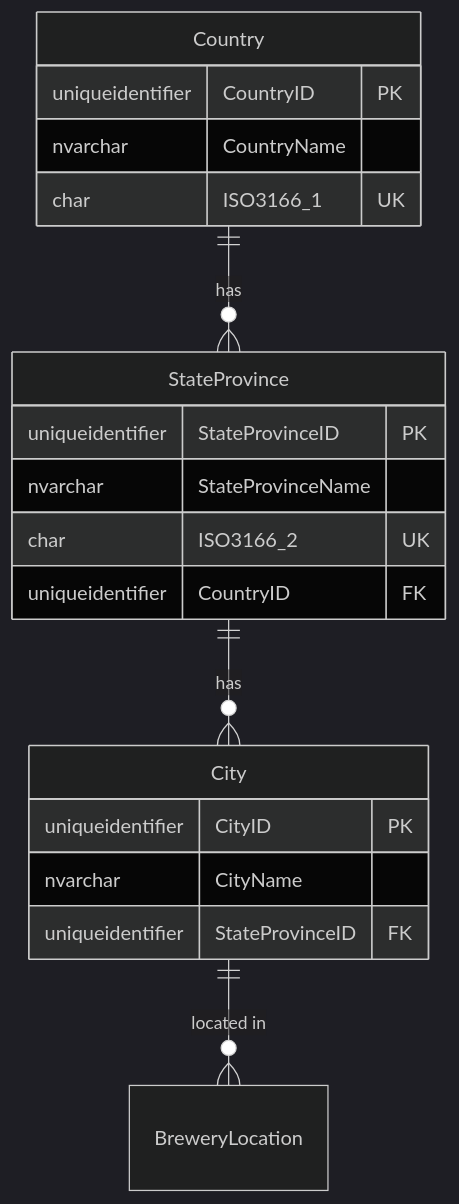
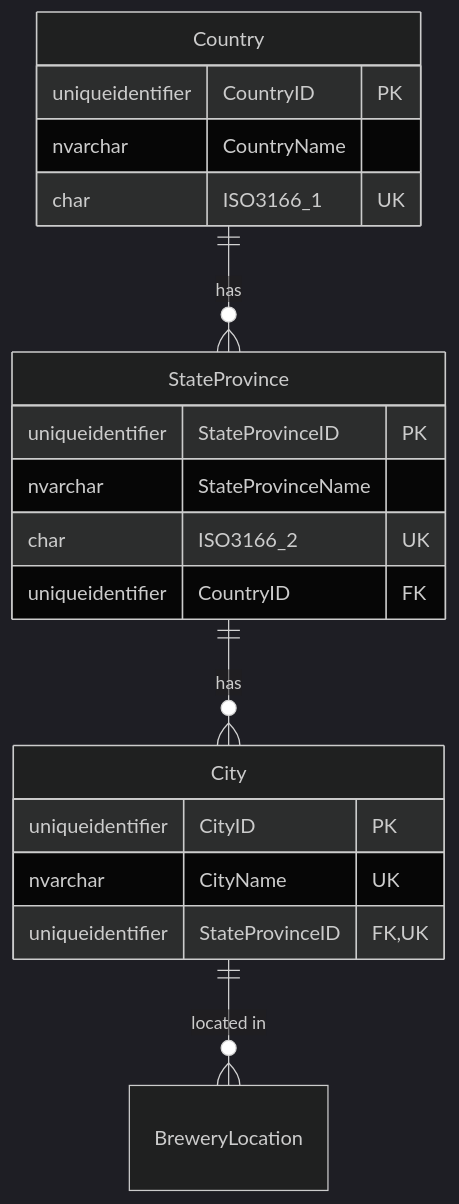
The diagram in docs/web/diagrams/database-schema/geolocation.mmd (aaronpo97/the-biergarten-app), drawn with Mermaid (dark theme) before and after one commit. The commit also changed 1 other file, not shown here.

Commit message:
docs(database): update City dbml doc to reflect composite unique constraint (#278)

```diff
--- a/docs/web/diagrams/database-schema/geolocation.mmd
+++ b/docs/web/diagrams/database-schema/geolocation.mmd
@@ -1,25 +1,26 @@
 erDiagram
     Country ||--o{ StateProvince : "has"
     StateProvince ||--o{ City : "has"
 
     %% Cross-schema: defined in full in brewery.mmd
     City ||--o{ BreweryLocation : "located in"
 
     Country {
         uniqueidentifier CountryID PK
         nvarchar CountryName
         char ISO3166_1 UK
     }
 
     StateProvince {
         uniqueidentifier StateProvinceID PK
         nvarchar StateProvinceName
         char ISO3166_2 UK
         uniqueidentifier CountryID FK
     }
 
+    %% CityName + StateProvinceID form a composite unique constraint (AK_CityStateProvince)
     City {
         uniqueidentifier CityID PK
-        nvarchar CityName
-        uniqueidentifier StateProvinceID FK
+        nvarchar CityName UK
+        uniqueidentifier StateProvinceID FK,UK
     }
```
